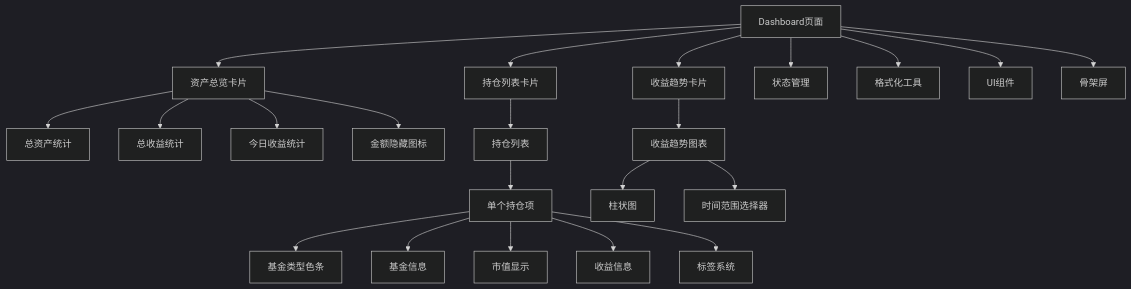
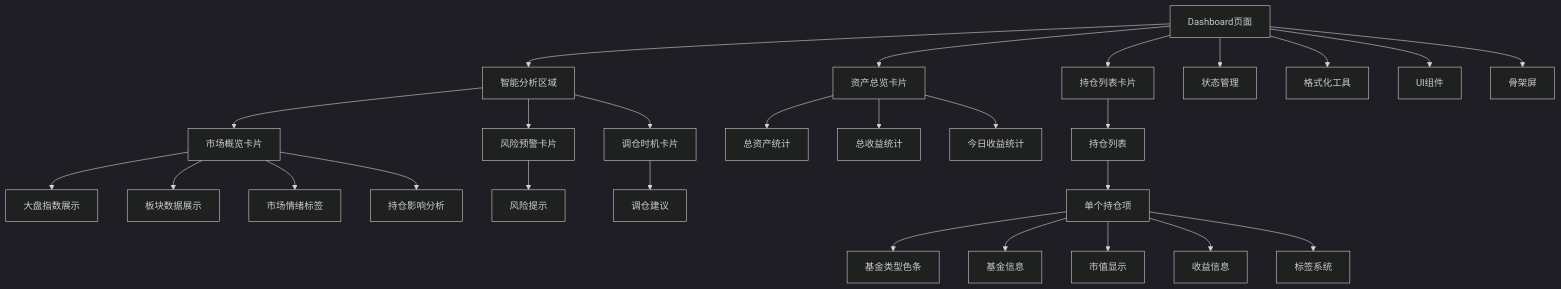
The ninth of 16 diagrams in .qoder/repowiki/zh/content/Dashboard Enhancement.md (gree-coder/fund-butler), drawn with Mermaid (dark theme) before and after one commit. The commit also changed other lines of this file and 22 other files, not shown here.

````diff
--- a/.qoder/repowiki/zh/content/Dashboard Enhancement.md
+++ b/.qoder/repowiki/zh/content/Dashboard Enhancement.md
@@ -355,24 +535,29 @@
 ```mermaid
 graph TB
 Dashboard[Dashboard页面] --> Card1[资产总览卡片]
-Dashboard --> Card2[持仓列表卡片]
-Dashboard --> Card3[收益趋势卡片]
+Dashboard --> Card2[智能分析区域]
+Card2 --> Card3[市场概览卡片]
+Card2 --> Card4[风险预警卡片]
+Card2 --> Card5[调仓时机卡片]
+Dashboard --> Card6[持仓列表卡片]
 Card1 --> Statistic1[总资产统计]
 Card1 --> Statistic2[总收益统计]
 Card1 --> Statistic3[今日收益统计]
-Card1 --> EyeIcon[金额隐藏图标]
-Card2 --> PositionList[持仓列表]
+Card3 --> Indices[大盘指数展示]
+Card3 --> Sectors[板块数据展示]
+Card3 --> Sentiment[市场情绪标签]
+Card3 --> Impact[持仓影响分析]
+Card4 --> RiskAlerts[风险提示]
+Card5 --> TimingAlerts[调仓建议]
+Card6 --> PositionList[持仓列表]
 PositionList --> PositionItem[单个持仓项]
 PositionItem --> TypeBar[基金类型色条]
 PositionItem --> FundInfo[基金信息]
 PositionItem --> MarketValue[市值显示]
 PositionItem --> Returns[收益信息]
 PositionItem --> Tags[标签系统]
-Card3 --> Chart[收益趋势图表]
-Chart --> BarChart[柱状图]
-Chart --> Segmented[时间范围选择器]
 Dashboard --> Hooks[状态管理]
 Dashboard --> Utils[格式化工具]
 Dashboard --> Components[UI组件]
 Dashboard --> Skeleton[骨架屏]
 ```
````
